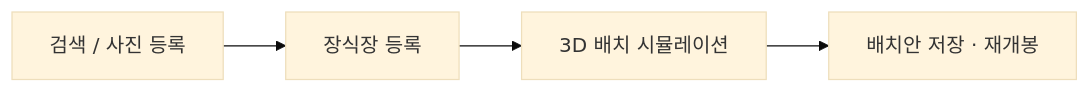
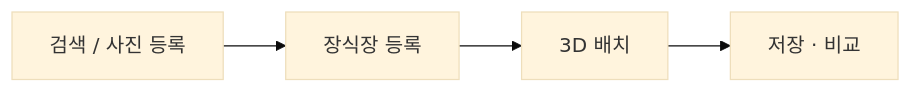
Before and after one commit to DSeung001/presentation-md: the diagram in content/2026-09-14-figuroom/index.md, drawn with Mermaid (base theme). The commit also changed other lines of this file and 4 other files, not shown here.

````diff
--- a/content/2026-09-14-figuroom/index.md
+++ b/content/2026-09-14-figuroom/index.md
@@ -52,9 +67,9 @@
 ```mermaid
 flowchart LR
   Register["검색 / 사진 등록"]
   Cabinet["장식장 등록"]
-  Sim["3D 배치 시뮬레이션"]
-  Save["배치안 저장 · 재개봉"]
+  Sim["3D 배치"]
+  Save["저장 · 비교"]
 
   Register --> Cabinet --> Sim --> Save
 ```
````
